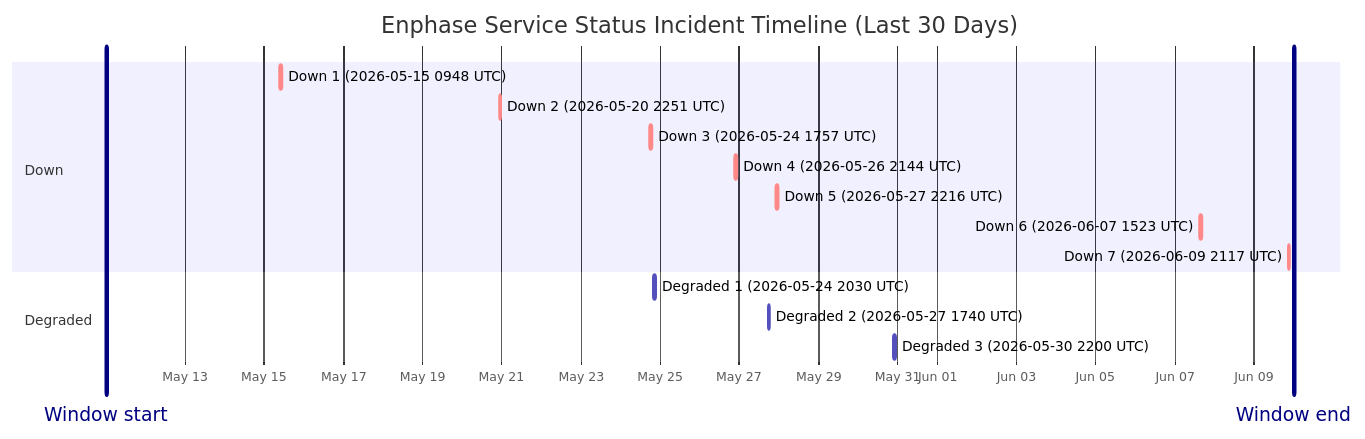
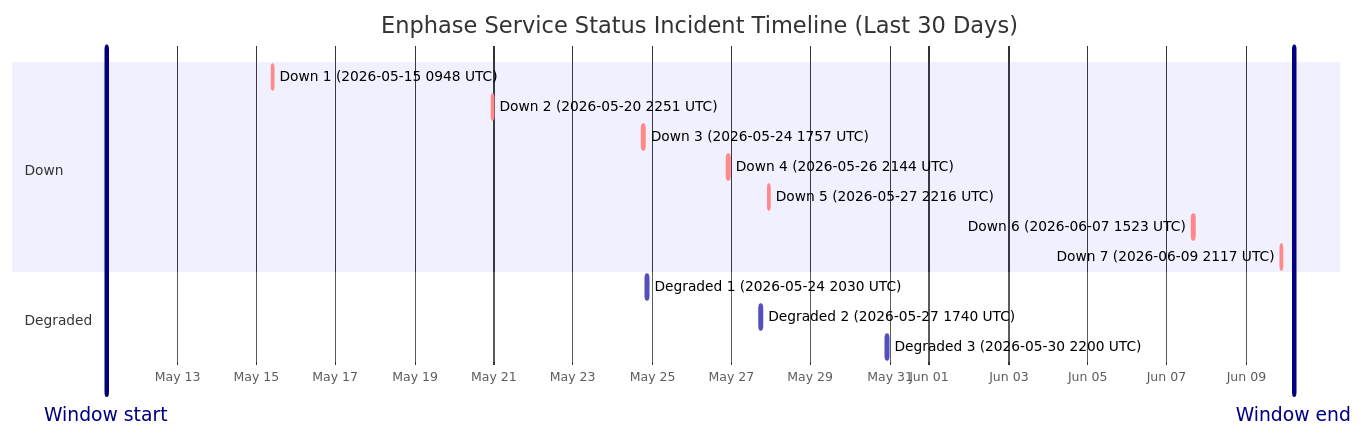
The diagram in wiki/Service-Status-History.md (barneyonline/ha-enphase-energy), drawn with Mermaid before and after one commit. The commit also changed other lines of this file and 3 other files, not shown here.

````diff
--- a/wiki/Service-Status-History.md
+++ b/wiki/Service-Status-History.md
@@ -14,20 +14,20 @@
 ```mermaid
 gantt
     title Enphase Service Status Incident Timeline (Last 30 Days)
     dateFormat  YYYY-MM-DDTHH:mm:ss
     axisFormat  %b %d
-    Window start :vert, window-start, 2026-05-11T00:18:33, 0ms
-    Window end :vert, window-end, 2026-06-10T00:18:33, 0ms
+    Window start :vert, window-start, 2026-05-11T04:56:20, 0ms
+    Window end :vert, window-end, 2026-06-10T04:56:20, 0ms
     section Down
     Down 1 (2026-05-15 0948 UTC) :crit, down-1, 2026-05-15T09:48:18, 60m
     Down 2 (2026-05-20 2251 UTC) :crit, down-2, 2026-05-20T22:51:14, 75m
     Down 3 (2026-05-24 1757 UTC) :crit, down-3, 2026-05-24T17:57:41, 86m
     Down 4 (2026-05-26 2144 UTC) :crit, down-4, 2026-05-26T21:44:11, 85m
     Down 5 (2026-05-27 2216 UTC) :crit, down-5, 2026-05-27T22:16:53, 87m
     Down 6 (2026-06-07 1523 UTC) :crit, down-6, 2026-06-07T15:23:22, 87m
     Down 7 (2026-06-09 2117 UTC) :crit, down-7, 2026-06-09T21:17:17, 60m
     section Degraded
     Degraded 1 (2026-05-24 2030 UTC) :active, degraded-1, 2026-05-24T20:30:57, 84m
     Degraded 2 (2026-05-27 1740 UTC) :active, degraded-2, 2026-05-27T17:40:52, 60m
     Degraded 3 (2026-05-30 2200 UTC) :active, degraded-3, 2026-05-30T22:00:37, 60m
 ```
````
